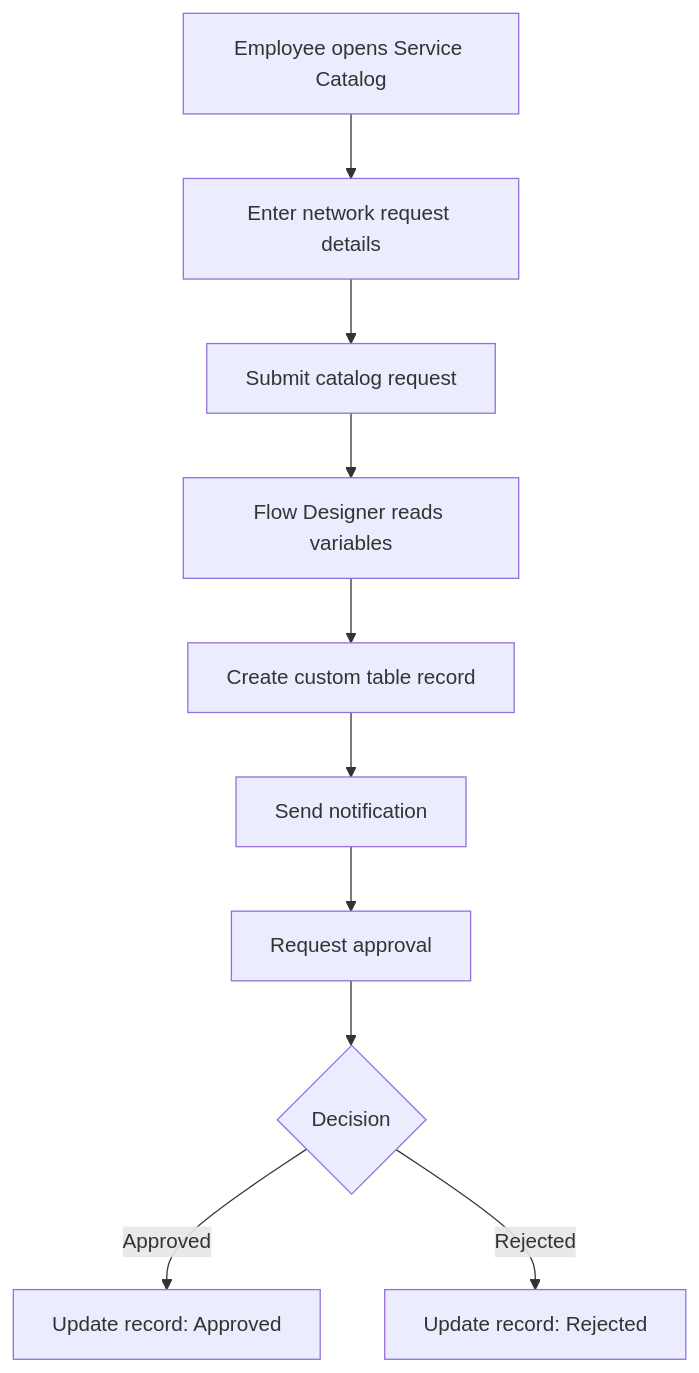
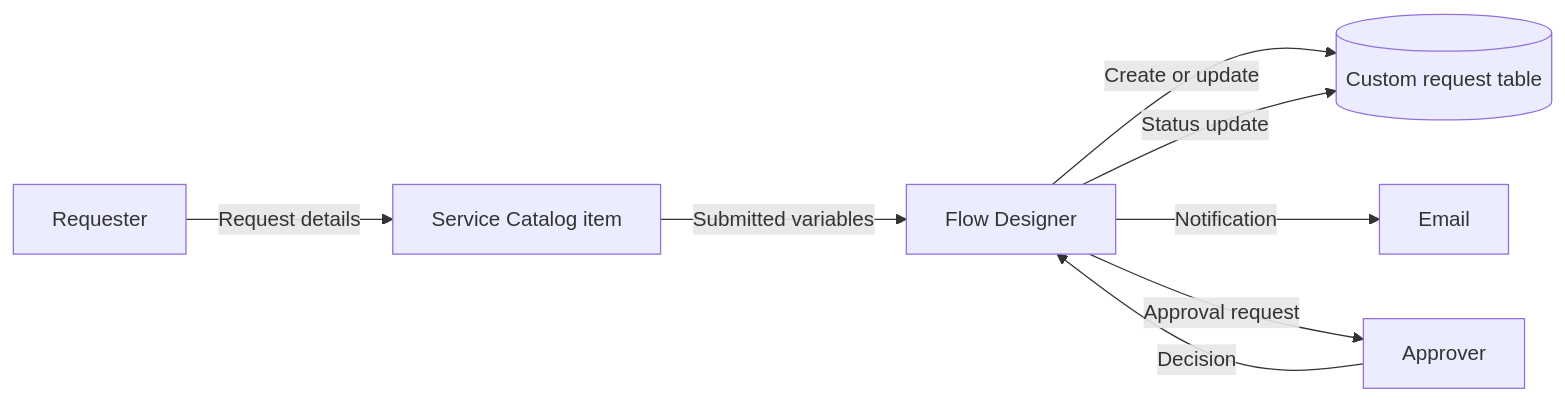
Before and after one commit to rgsruthi17-collab/Automated-Network-Request-Management-ServiceNow: the diagram in Automated_Network_Request_Management_Project final/Automated_Network_Request_Management_Project/2. Requirement Analysis/Data Flow Diagrams and User Stories.md, drawn with Mermaid. The commit also changed other lines of this file and 25 other files, not shown here.

Commit message:
Rebuild project documentation structure for ServiceNow network requests

````diff
--- a/Automated_Network_Request_Management_Project final/Automated_Network_Request_Management_Project/2. Requirement Analysis/Data Flow Diagrams and User Stories.md
+++ b/Automated_Network_Request_Management_Project final/Automated_Network_Request_Management_Project/2. Requirement Analysis/Data Flow Diagrams and User Stories.md
@@ -4,12 +4,10 @@
 ```mermaid
-flowchart TD
- A[Employee opens Service Catalog] --> B[Enter network request details]
- B --> C[Submit catalog request]
- C --> D[Flow Designer reads variables]
- D --> E[Create custom table record]
- E --> F[Send notification]
- F --> G[Request approval]
- G --> H{Decision}
- H -->|Approved| I[Update record: Approved]
- H -->|Rejected| J[Update record: Rejected]
+flowchart LR
+  U[Requester] -->|Request details| C[Service Catalog item]
+  C -->|Submitted variables| F[Flow Designer]
+  F -->|Create or update| T[(Custom request table)]
+  F -->|Notification| E[Email]
+  F -->|Approval request| A[Approver]
+  A -->|Decision| F
+  F -->|Status update| T
 ```
````
